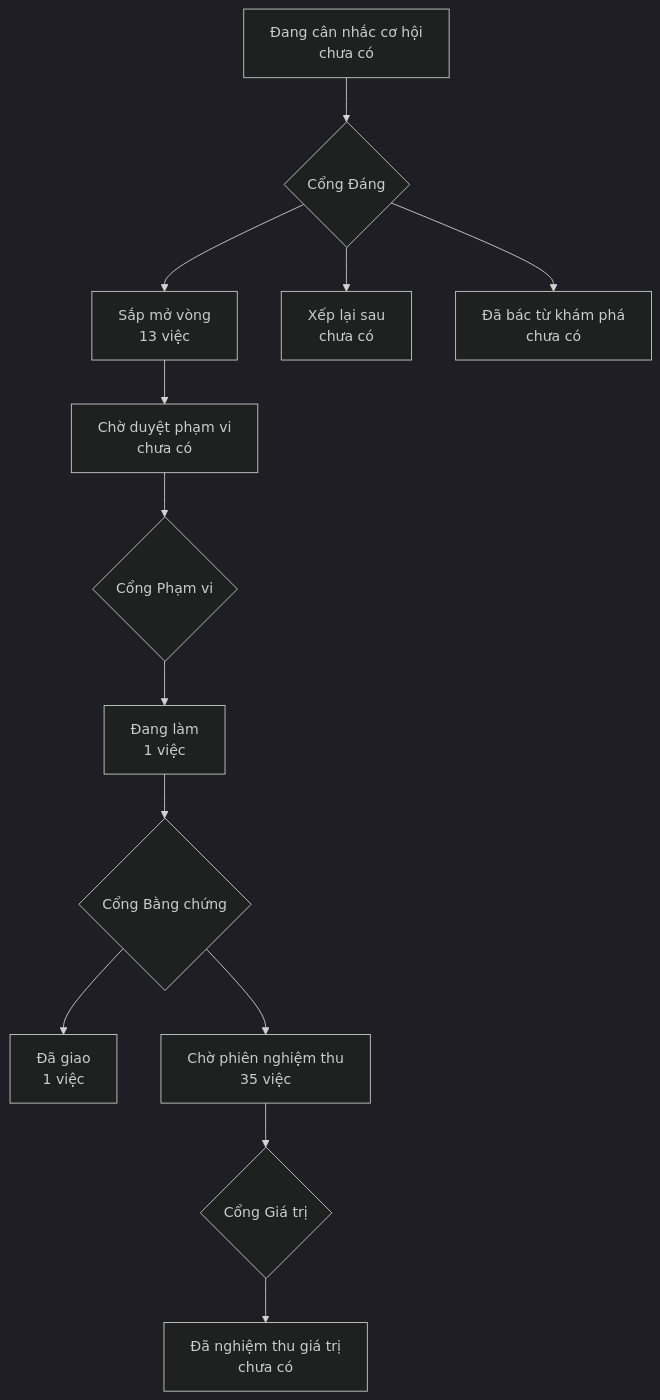
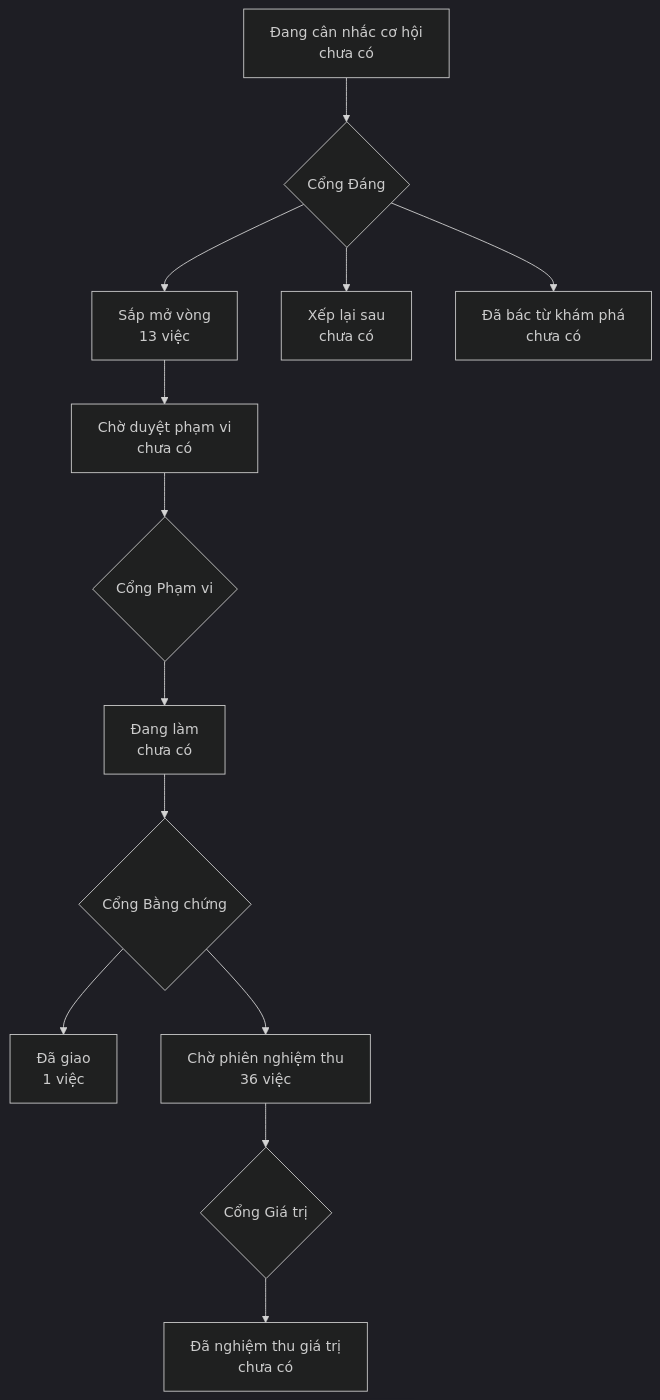
Before and after one commit to phanlemanh/onehub-inventory: the diagram in PRODUCT-MAP.md, drawn with Mermaid (dark theme). The commit also changed other lines of this file and 4 other files, not shown here.

````diff
--- a/PRODUCT-MAP.md
+++ b/PRODUCT-MAP.md
@@ -7,12 +7,12 @@
 ```mermaid
 flowchart TD
   A["Đang cân nhắc cơ hội<br/>chưa có"] --> GD{"Cổng Đáng"}
   GD --> B["Sắp mở vòng<br/>13 việc"]
   GD --> XL["Xếp lại sau<br/>chưa có"]
   GD --> DB["Đã bác từ khám phá<br/>chưa có"]
   B --> CD["Chờ duyệt phạm vi<br/>chưa có"] --> GP{"Cổng Phạm vi"}
-  GP --> DL["Đang làm<br/>1 việc"] --> GB{"Cổng Bằng chứng"}
+  GP --> DL["Đang làm<br/>chưa có"] --> GB{"Cổng Bằng chứng"}
   GB --> DG["Đã giao<br/>1 việc"]
-  GB --> CN["Chờ phiên nghiệm thu<br/>35 việc"] --> GG{"Cổng Giá trị"}
+  GB --> CN["Chờ phiên nghiệm thu<br/>36 việc"] --> GG{"Cổng Giá trị"}
   GG --> NT["Đã nghiệm thu giá trị<br/>chưa có"]
 ```
````
